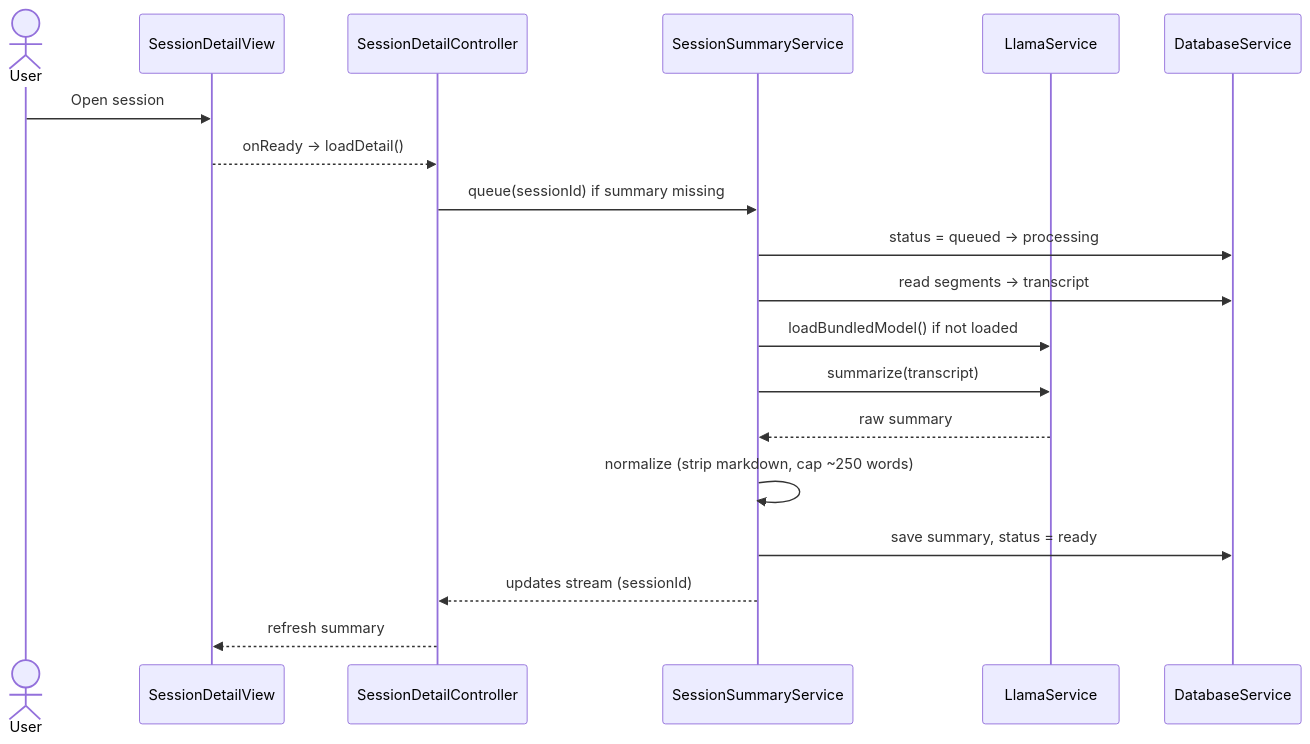
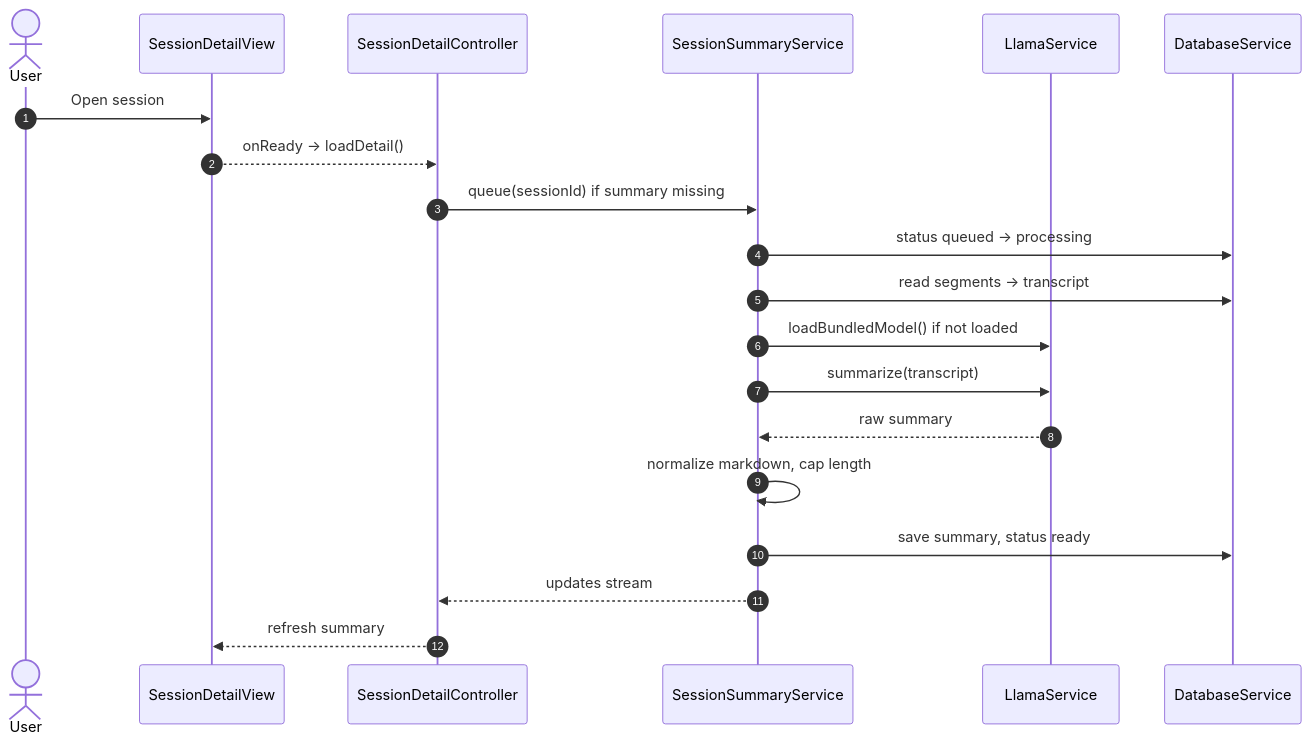
Before and after one commit to nustechnology/Transcribe-Summarize-ClearHear: the fifth of 10 diagrams in README.md, drawn with Mermaid. The commit also changed other lines of this file and 2 other files, not shown here.

````diff
--- a/README.md
+++ b/README.md
@@ -169,22 +317,23 @@
 ```mermaid
 sequenceDiagram
-    actor U as User
-    participant V as SessionDetailView
-    participant DC as SessionDetailController
-    participant SS as SessionSummaryService
-    participant LL as LlamaService
-    participant DB as DatabaseService
+  autonumber
+  actor User
+  participant V as SessionDetailView
+  participant DC as SessionDetailController
+  participant SS as SessionSummaryService
+  participant LL as LlamaService
+  participant DB as DatabaseService
 
-    U->>V: Open session
-    V-->>DC: onReady → loadDetail()
-    DC->>SS: queue(sessionId) if summary missing
-    SS->>DB: status = queued → processing
-    SS->>DB: read segments → transcript
-    SS->>LL: loadBundledModel() if not loaded
-    SS->>LL: summarize(transcript)
-    LL-->>SS: raw summary
-    SS->>SS: normalize (strip markdown, cap ~250 words)
-    SS->>DB: save summary, status = ready
-    SS-->>DC: updates stream (sessionId)
-    DC-->>V: refresh summary
+  User->>V: Open session
+  V-->>DC: onReady → loadDetail()
+  DC->>SS: queue(sessionId) if summary missing
+  SS->>DB: status queued → processing
+  SS->>DB: read segments → transcript
+  SS->>LL: loadBundledModel() if not loaded
+  SS->>LL: summarize(transcript)
+  LL-->>SS: raw summary
+  SS->>SS: normalize markdown, cap length
+  SS->>DB: save summary, status ready
+  SS-->>DC: updates stream
+  DC-->>V: refresh summary
 ```
````
